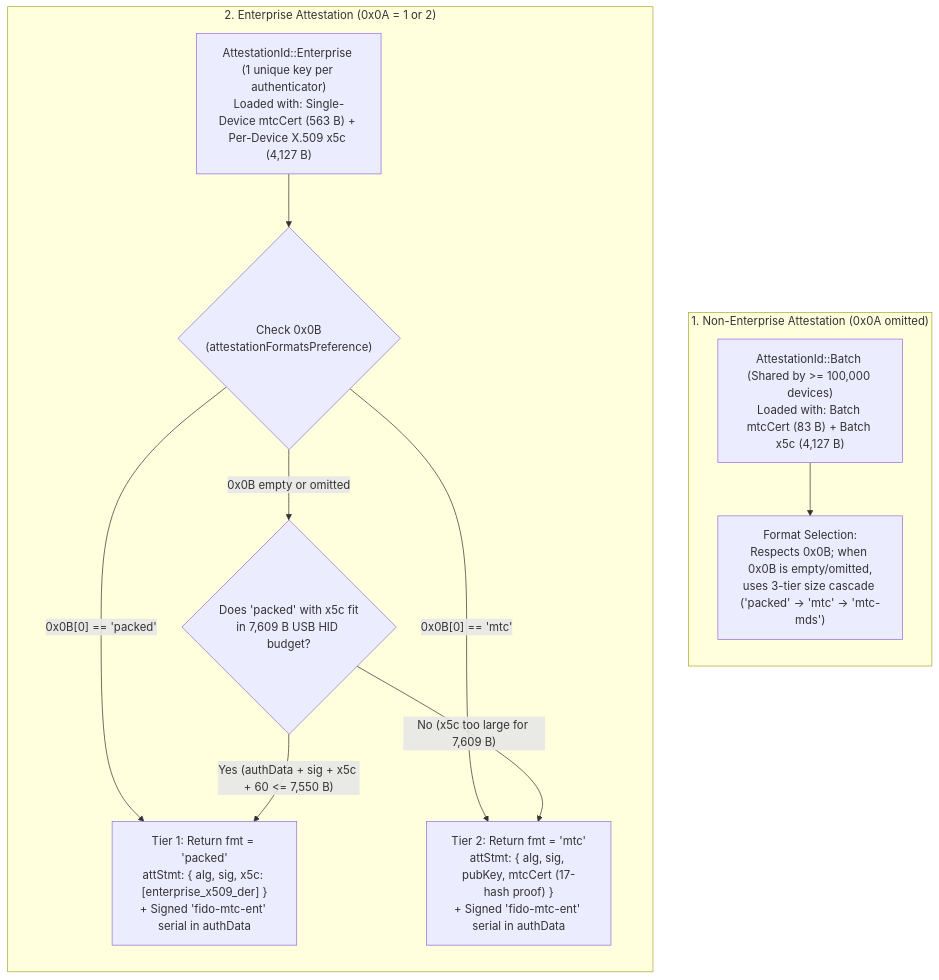
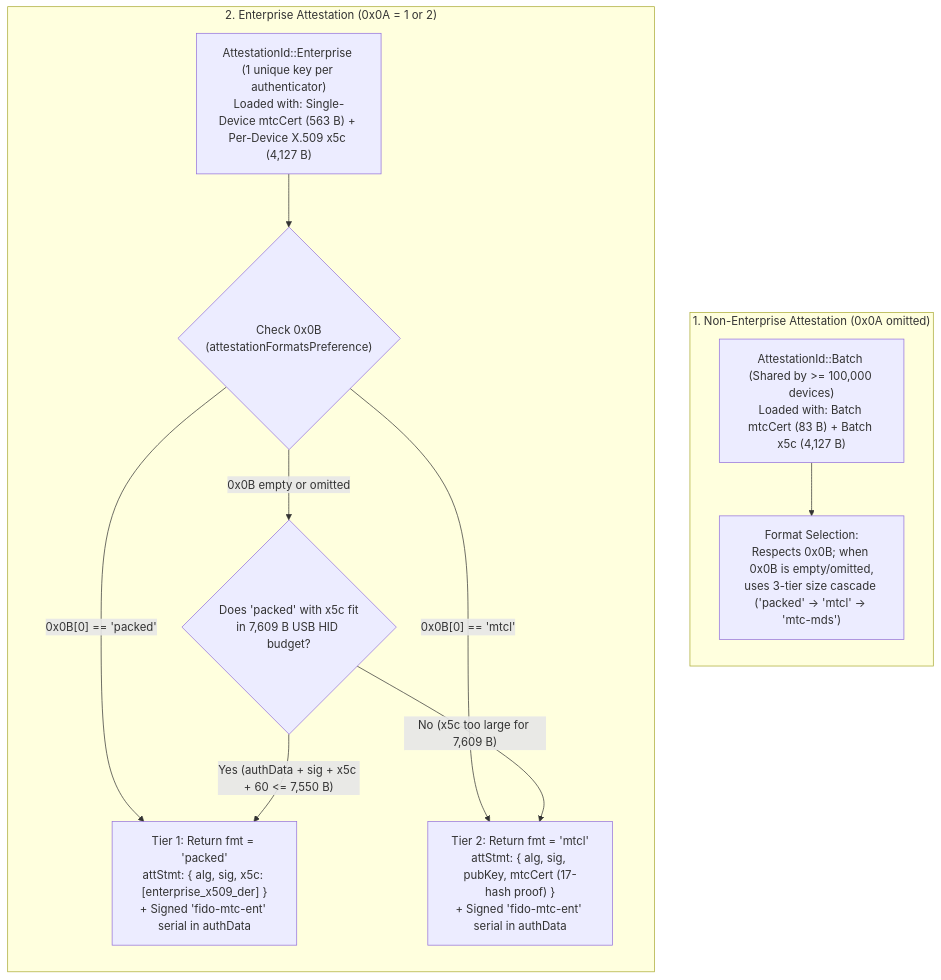
Before and after one commit to ve7jtb/ve7jtb.github.io: the third of 4 diagrams in pq_mtc_attestation_proposal.md, drawn with Mermaid. The commit also changed other lines of this file and 9 other files, not shown here.

Commit message:
Rename inline MTC attestation format to mtcl (Merkle Tree Certificate Large)

````diff
--- a/pq_mtc_attestation_proposal.md
+++ b/pq_mtc_attestation_proposal.md
@@ -589,24 +589,24 @@
 ```mermaid
 flowchart TD
     subgraph NonEnt["1. Non-Enterprise Attestation (0x0A omitted)"]
         direction TB
         BatchKey["AttestationId::Batch (Shared by >= 100,000 devices)<br/>Loaded with: Batch mtcCert (83 B) + Batch x5c (4,127 B)"]
-        BatchCascade["Format Selection:<br/>Respects 0x0B; when 0x0B is empty/omitted,<br/>uses 3-tier size cascade ('packed' -> 'mtc' -> 'mtc-mds')"]
+        BatchCascade["Format Selection:<br/>Respects 0x0B; when 0x0B is empty/omitted,<br/>uses 3-tier size cascade ('packed' -> 'mtcl' -> 'mtc-mds')"]
         BatchKey --> BatchCascade
     end
 
     subgraph Ent["2. Enterprise Attestation (0x0A = 1 or 2)"]
         direction TB
         EntKey["AttestationId::Enterprise (1 unique key per authenticator)<br/>Loaded with: Single-Device mtcCert (563 B) + Per-Device X.509 x5c (4,127 B)"]
         EntPref{"Check 0x0B<br/>(attestationFormatsPreference)"}
         EntSize{"Does 'packed' with x5c fit<br/>in 7,609 B USB HID budget?"}
         EntPacked["Tier 1: Return fmt = 'packed'<br/>attStmt: { alg, sig, x5c: [enterprise_x509_der] }<br/>+ Signed 'fido-mtc-ent' serial in authData"]
-        EntMtc["Tier 2: Return fmt = 'mtc'<br/>attStmt: { alg, sig, pubKey, mtcCert (17-hash proof) }<br/>+ Signed 'fido-mtc-ent' serial in authData"]
+        EntMtc["Tier 2: Return fmt = 'mtcl'<br/>attStmt: { alg, sig, pubKey, mtcCert (17-hash proof) }<br/>+ Signed 'fido-mtc-ent' serial in authData"]
         EntKey --> EntPref
         EntPref -- "0x0B[0] == 'packed'" --> EntPacked
-        EntPref -- "0x0B[0] == 'mtc'" --> EntMtc
+        EntPref -- "0x0B[0] == 'mtcl'" --> EntMtc
         EntPref -- "0x0B empty or omitted" --> EntSize
         EntSize -- "Yes (authData + sig + x5c + 60 <= 7,550 B)" --> EntPacked
         EntSize -- "No (x5c too large for 7,609 B)" --> EntMtc
     end
 ```
````
